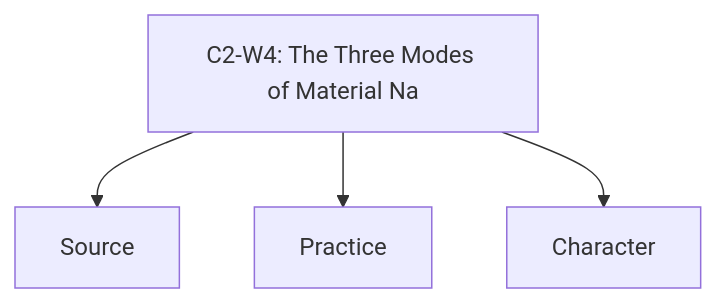
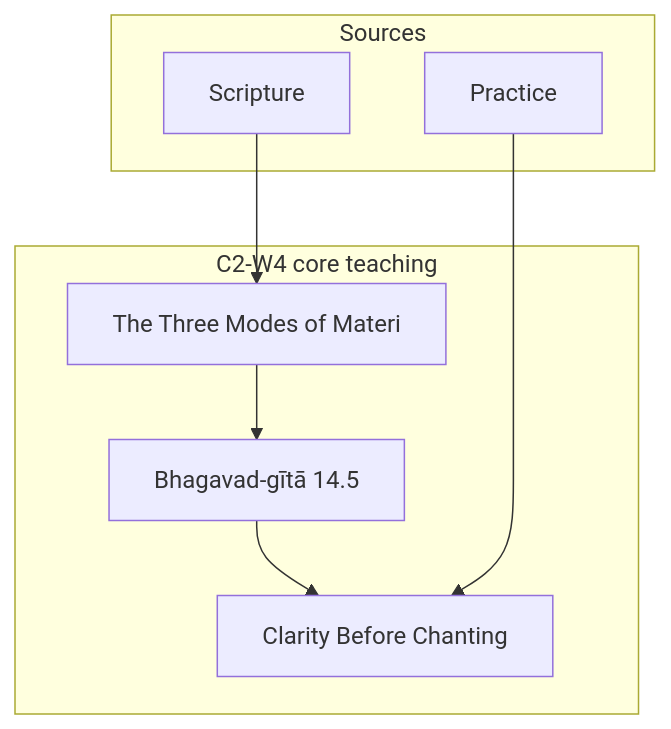
One commit to swap2you/kutumba-family-program changed the diagram in 11-weekly-program-library/first-six-months/c2-w4-the-three-modes-of-material-nature/visuals/concept-map.mmd. Above: the diagram before and after it, drawn with Mermaid. The commit also changed 198 other files, not shown here.

```diff
--- a/11-weekly-program-library/first-six-months/c2-w4-the-three-modes-of-material-nature/visuals/concept-map.mmd
+++ b/11-weekly-program-library/first-six-months/c2-w4-the-three-modes-of-material-nature/visuals/concept-map.mmd
@@ -1,4 +1,13 @@
-flowchart TD
-  A[C2-W4: The Three Modes of Material Na] --> B[Source]
-  A --> C[Practice]
-  A --> D[Character]
+flowchart TB
+    subgraph TEACHING["C2-W4 core teaching"]
+        A["The Three Modes of Materi"]
+        B["Bhagavad-gītā 14.5"]
+        C["Clarity Before Chanting"]
+    end
+    subgraph SOURCES["Sources"]
+        S1[Scripture]
+        S2[Practice]
+    end
+    A --> B --> C
+    S1 --> A
+    S2 --> C
```
